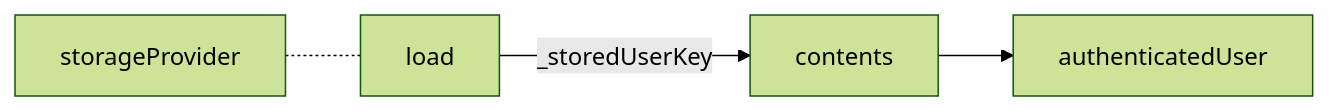
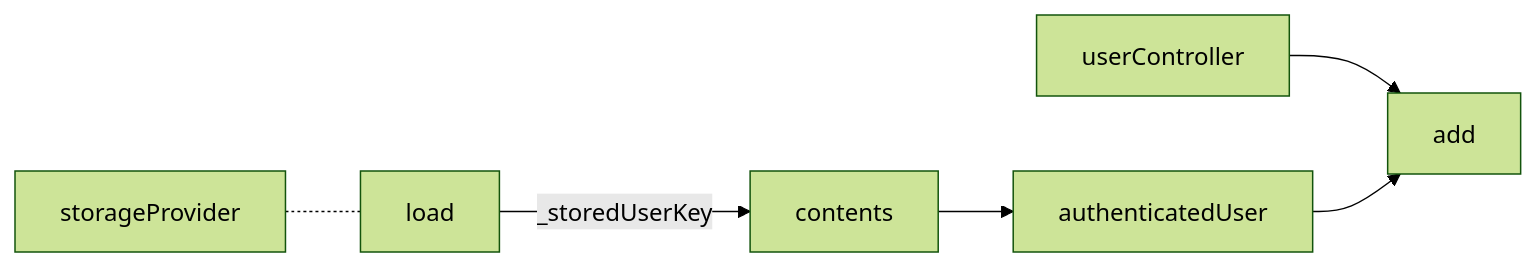
The eighth of 10 diagrams in newage/astro.md (gordianknotC/nxp_note), drawn with Mermaid (forest theme) before and after one commit. The commit also changed other lines of this file, not shown here.

````diff
--- a/newage/astro.md
+++ b/newage/astro.md
@@ -129,7 +129,8 @@
 ```mermaid
 graph LR
 storageProvider -.- load
 load --> |_storedUserKey| contents
 contents --> authenticatedUser
-
+userController --> add
+authenticatedUser --> add
 ```
````
